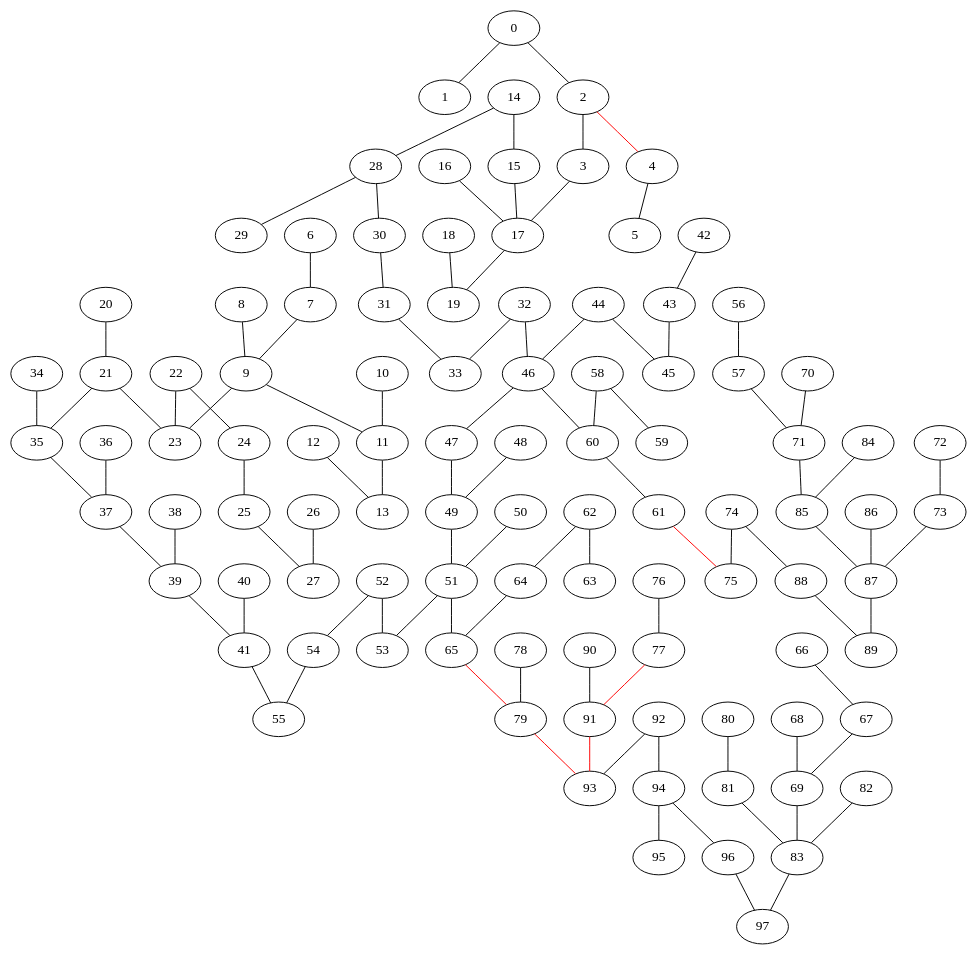
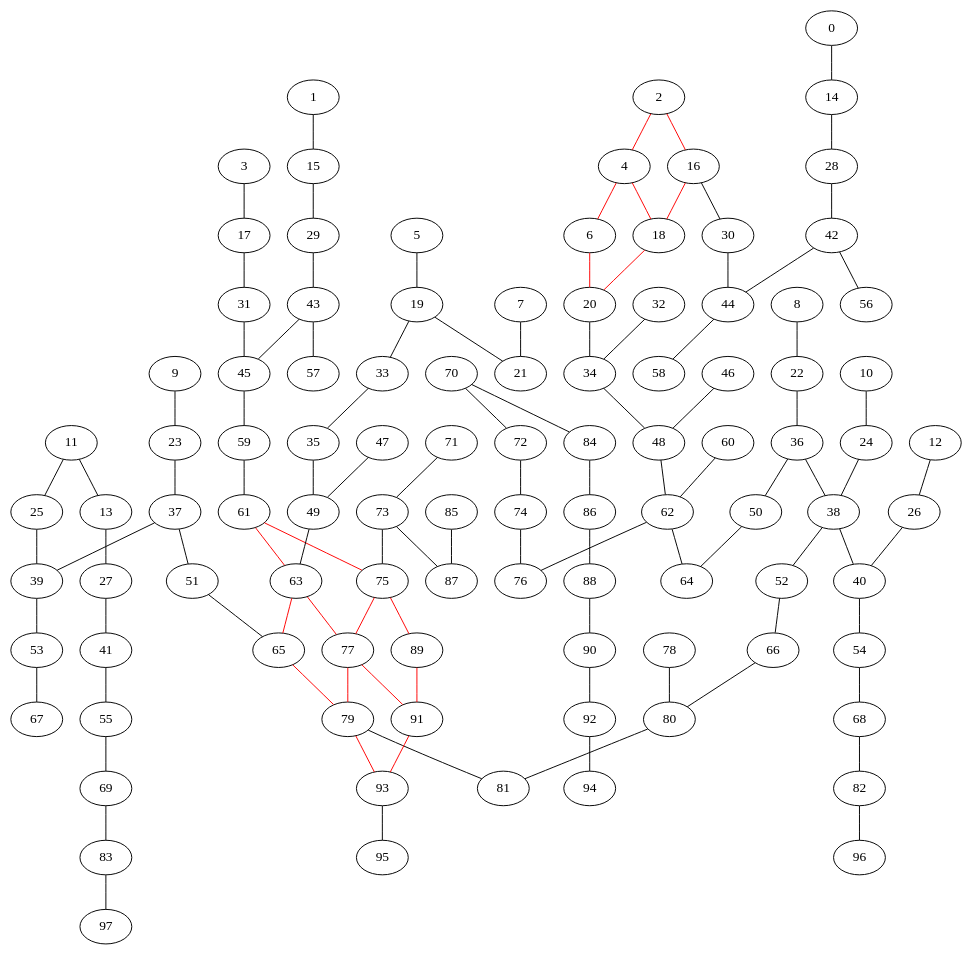
One commit to marcoputon/CircuitRouting changed the diagram in src/teste.dot. Above: the diagram before and after it, drawn with Graphviz. The commit also changed 10 other files, not shown here.

```diff
--- a/src/teste.dot
+++ b/src/teste.dot
@@ -1,99 +1,105 @@
 graph {
-0 -- 1
-4 -- 5
-10 -- 11
-24 -- 25
-52 -- 53
-50 -- 51
-22 -- 23
-48 -- 49
-46 -- 47
-20 -- 21
-44 -- 45
-96 -- 97
-90 -- 91
-92 -- 93
-94 -- 95
-40 -- 41
-42 -- 43
-88 -- 89
-84 -- 85
-86 -- 87
-80 -- 81
-82 -- 83
-2 -- 3
-8 -- 9
-18 -- 19
-38 -- 39
-78 -- 79
-36 -- 37
-76 -- 77
-74 -- 75
-16 -- 17
-34 -- 35
-72 -- 73
-70 -- 71
-66 -- 67
-68 -- 69
-6 -- 7
-14 -- 15
-32 -- 33
-64 -- 65
-30 -- 31
-62 -- 63
-60 -- 61
-12 -- 13
-28 -- 29
-58 -- 59
-26 -- 27
-56 -- 57
-54 -- 55
-25 -- 27
-52 -- 54
-94 -- 96
-11 -- 13
-39 -- 41
-81 -- 83
-67 -- 69
-71 -- 85
-49 -- 51
-44 -- 46
-21 -- 23
+2 -- 16 [color="red"]
 2 -- 4 [color="red"]
+4 -- 18 [color="red"]
+4 -- 6 [color="red"]
+6 -- 20 [color="red"]
+16 -- 18 [color="red"]
+18 -- 20 [color="red"]
+61 -- 75 [color="red"]
+61 -- 63 [color="red"]
+63 -- 77 [color="red"]
+63 -- 65 [color="red"]
+65 -- 79 [color="red"]
+75 -- 89 [color="red"]
+75 -- 77 [color="red"]
+77 -- 91 [color="red"]
+77 -- 79 [color="red"]
+79 -- 93 [color="red"]
+89 -- 91 [color="red"]
 91 -- 93 [color="red"]
+7 -- 21
+8 -- 22
+9 -- 23
+10 -- 24
+11 -- 25
+47 -- 49
+88 -- 90
+13 -- 27
+46 -- 48
+19 -- 21
+74 -- 76
+32 -- 34
+33 -- 35
+12 -- 26
+60 -- 62
+3 -- 17
+1 -- 15
+5 -- 19
+0 -- 14
+43 -- 57
+42 -- 56
+19 -- 33
+17 -- 31
+54 -- 68
+20 -- 34
+22 -- 36
+23 -- 37
+24 -- 38
+25 -- 39
+55 -- 69
+27 -- 41
+51 -- 65
+50 -- 64
+49 -- 63
+48 -- 62
+52 -- 66
+26 -- 40
+14 -- 28
+53 -- 67
+15 -- 29
+45 -- 59
+16 -- 30
+44 -- 58
+35 -- 49
+30 -- 44
+36 -- 50
+29 -- 43
+37 -- 51
+34 -- 48
+28 -- 42
+31 -- 45
+38 -- 52
+39 -- 53
+40 -- 54
+41 -- 55
+37 -- 39
+36 -- 38
+42 -- 44
+70 -- 72
+43 -- 45
+93 -- 95
+92 -- 94
+85 -- 87
+84 -- 86
+79 -- 81
+78 -- 80
+71 -- 73
+62 -- 76
+73 -- 75
+70 -- 84
+73 -- 87
+86 -- 88
 62 -- 64
-87 -- 89
+72 -- 74
+59 -- 61
+90 -- 92
+66 -- 80
+68 -- 82
 83 -- 97
 69 -- 83
-58 -- 60
-79 -- 93 [color="red"]
-77 -- 91 [color="red"]
-74 -- 88
-73 -- 87
-35 -- 37
-17 -- 19
-7 -- 9
-31 -- 33
-65 -- 79 [color="red"]
-61 -- 75 [color="red"]
-57 -- 71
-22 -- 24
-92 -- 94
-85 -- 87
-15 -- 17
-51 -- 53
-0 -- 2
-43 -- 45
-9 -- 11
-37 -- 39
-28 -- 30
-32 -- 46
-41 -- 55
-51 -- 65
-21 -- 35
-14 -- 28
-46 -- 60
-3 -- 17
-9 -- 23
-47 -- 49
+82 -- 96
+11 -- 13
+38 -- 40
+80 -- 81
 }
```
